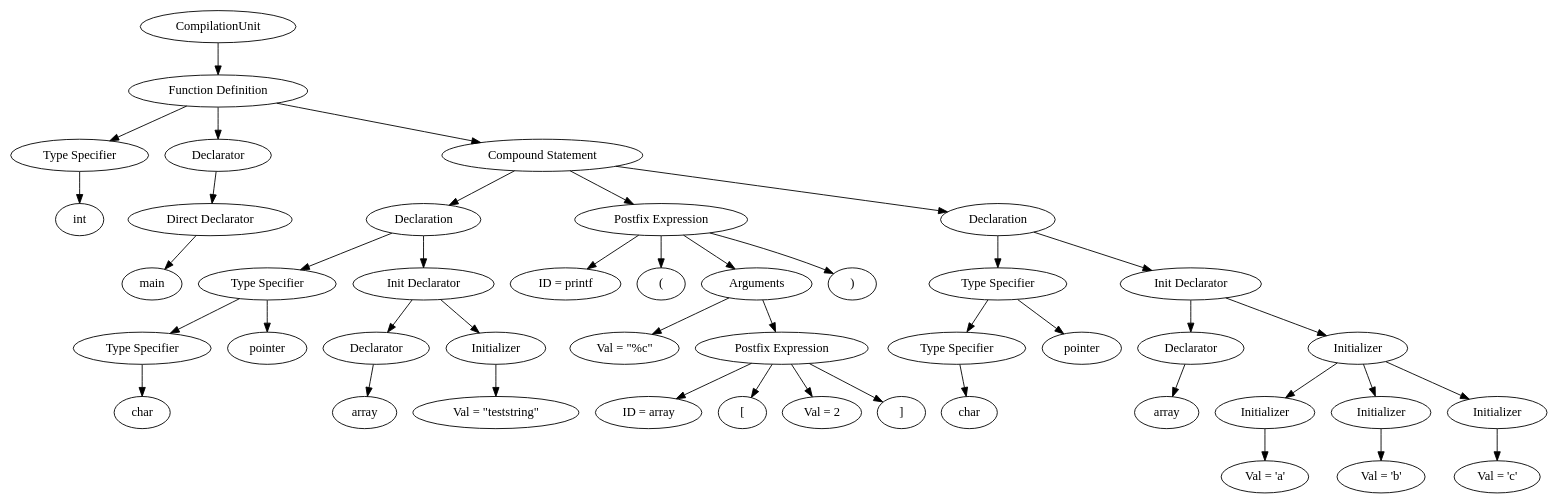
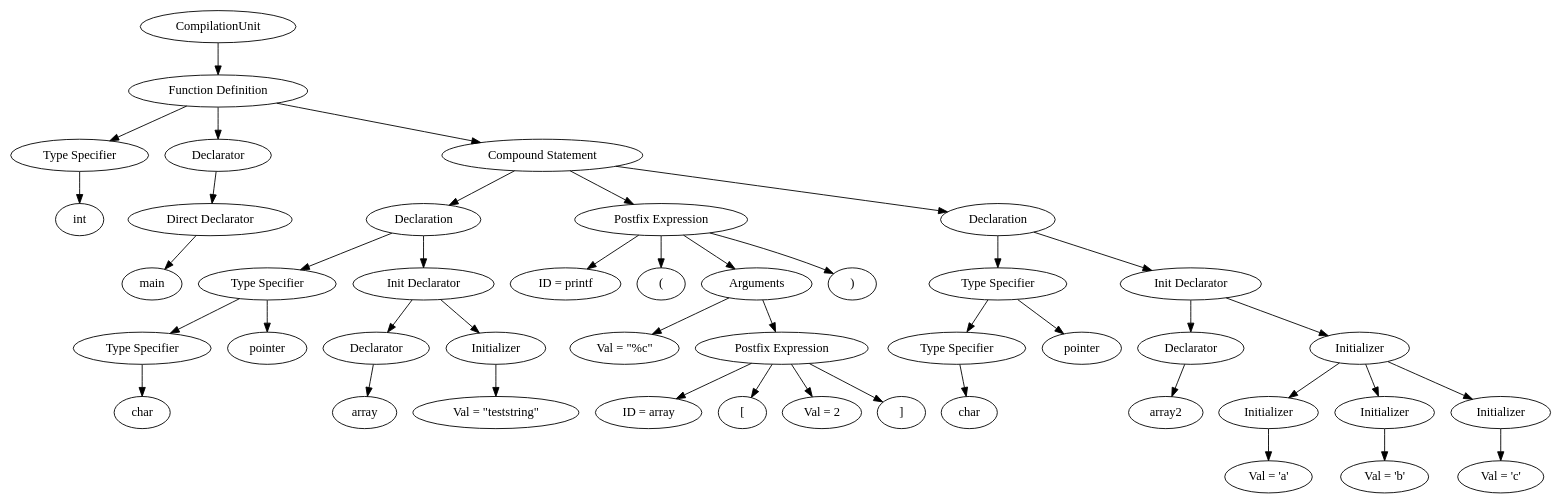
The diagram in ExpectedTestOutput/array_output.dot (lvanroy/c-dead-code-analyser), drawn with Graphviz before and after one commit. The commit also changed 19 other files, not shown here.

```diff
--- a/ExpectedTestOutput/array_output.dot
+++ b/ExpectedTestOutput/array_output.dot
@@ -1,90 +1,90 @@
 digraph G {
 		Q0[label="CompilationUnit"];
 		Q0 -> Q1
 		Q1[label="Function Definition"];
 		Q1 -> Q2
 		Q2[label="Type Specifier"];
 		Q2 -> Q3
 		Q3[label="int"];
 		Q1 -> Q4
 		Q4[label="Declarator"];
 		Q4 -> Q5
 		Q5[label="Direct Declarator"];
 		Q5 -> Q6
 		Q6[label="main"];
 		Q1 -> Q7
 		Q7[label="Compound Statement"];
 		Q7 -> Q8
 		Q8[label="Declaration"];
 		Q8 -> Q9
 		Q9[label="Type Specifier"];
 		Q9 -> Q10
 		Q10[label="Type Specifier"];
 		Q10 -> Q11
 		Q11[label="char"];
 		Q9 -> Q12
 		Q12[label="pointer"];
 		Q8 -> Q13
 		Q13[label="Init Declarator"];
 		Q13 -> Q14
 		Q14[label="Declarator"];
 		Q14 -> Q15
 		Q15[label="array"];
 		Q13 -> Q16
 		Q16[label="Initializer"];
 		Q16 -> Q17
 		Q17[label="Val = \"teststring\""];
 		Q7 -> Q18
 		Q18[label="Postfix Expression"];
 		Q18 -> Q19
 		Q19[label="ID = printf"];
 		Q18 -> Q20
 		Q20[label="("];
 		Q18 -> Q21
 		Q21[label="Arguments"];
 		Q21 -> Q22
 		Q22[label="Val = \"%c\""];
 		Q21 -> Q23
 		Q23[label="Postfix Expression"];
 		Q23 -> Q24
 		Q24[label="ID = array"];
 		Q23 -> Q25
 		Q25[label="["];
 		Q23 -> Q26
 		Q26[label="Val = 2"];
 		Q23 -> Q27
 		Q27[label="]"];
 		Q18 -> Q28
 		Q28[label=")"];
 		Q7 -> Q29
 		Q29[label="Declaration"];
 		Q29 -> Q30
 		Q30[label="Type Specifier"];
 		Q30 -> Q31
 		Q31[label="Type Specifier"];
 		Q31 -> Q32
 		Q32[label="char"];
 		Q30 -> Q33
 		Q33[label="pointer"];
 		Q29 -> Q34
 		Q34[label="Init Declarator"];
 		Q34 -> Q35
 		Q35[label="Declarator"];
 		Q35 -> Q36
-		Q36[label="array"];
+		Q36[label="array2"];
 		Q34 -> Q37
 		Q37[label="Initializer"];
 		Q37 -> Q38
 		Q38[label="Initializer"];
 		Q38 -> Q39
 		Q39[label="Val = 'a'"];
 		Q37 -> Q40
 		Q40[label="Initializer"];
 		Q40 -> Q41
 		Q41[label="Val = 'b'"];
 		Q37 -> Q42
 		Q42[label="Initializer"];
 		Q42 -> Q43
 		Q43[label="Val = 'c'"];
 		
 }
```
